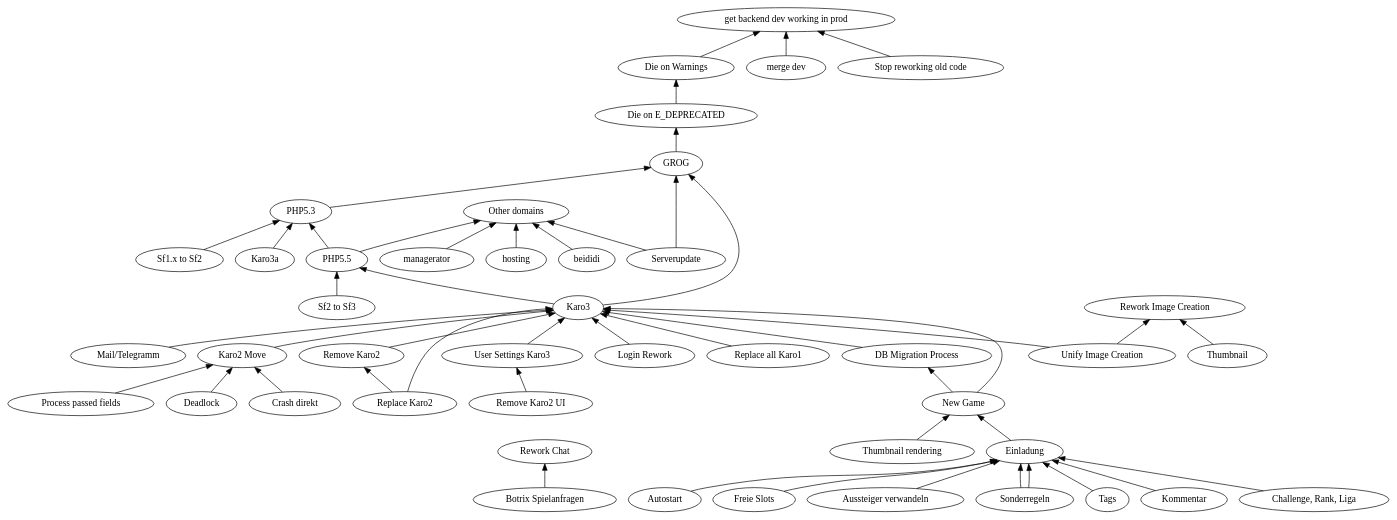
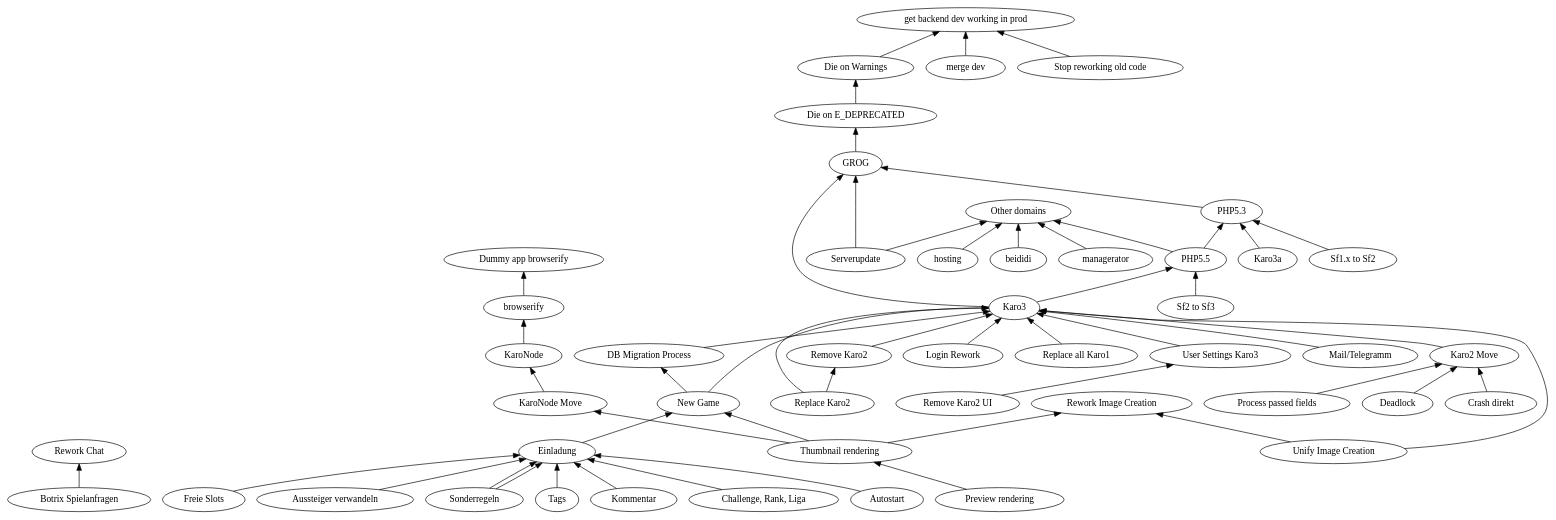
The diagram in projektplan.gv (karopapier/KaroBackbone), drawn with Graphviz before and after one commit. The commit also changed 1 other file, not shown here.

```diff
--- a/projektplan.gv
+++ b/projektplan.gv
@@ -1,63 +1,69 @@
 digraph Karo {
 rankdir="BT"
 
 #bugs
 "Botrix Spielanfragen" ->"Rework Chat"
 
 "Thumbnail rendering" ->"New Game"
 "Einladung" ->"New Game"
 "Autostart" ->"Einladung"
 "Freie Slots" ->"Einladung"
 "Aussteiger verwandeln" ->"Einladung"
 "Sonderregeln" ->"Einladung"
 "Tags" ->"Einladung"
 "Kommentar" ->"Einladung"
 "Sonderregeln" ->"Einladung"
 "Challenge, Rank, Liga" ->"Einladung"
 
 "GROG"->"Die on E_DEPRECATED"
 "Die on E_DEPRECATED"->"Die on Warnings"
 "Die on Warnings"->"get backend dev working in prod"
 "merge dev"->"get backend dev working in prod"
 "Stop reworking old code"->"get backend dev working in prod"
 
 
 "Mail/Telegramm" ->"Karo3"
 
 "Karo3"->"GROG"
 "Karo3"->"PHP5.5"
 "PHP5.5" ->"PHP5.3"
 "PHP5.3"->"GROG"
 "Serverupdate"->"GROG"
 "Serverupdate" ->"Other domains"
 "PHP5.5" -> "Other domains"
 "beididi" -> "Other domains"
 "managerator" -> "Other domains"
 "hosting" -> "Other domains"
 
 "Deadlock"->"Karo2 Move"
 "Crash direkt"->"Karo2 Move"
 "Process passed fields" ->"Karo2 Move"
 "Karo2 Move" ->"Karo3"
 
-"Thumbnail"->"Rework Image Creation"
+"Thumbnail rendering"->"Rework Image Creation"
 "Unify Image Creation" ->"Rework Image Creation"
 "Unify Image Creation" ->"Karo3"
 "Karo3a"->"PHP5.3"
 "Sf2 to Sf3" ->"PHP5.5"
 "Sf1.x to Sf2"->"PHP5.3"
 
 "Replace Karo2" ->"Karo3"
 "Replace Karo2" ->"Remove Karo2"
 "Remove Karo2" ->"Karo3"
 "User Settings Karo3"->"Karo3"
 "Remove Karo2 UI"->"User Settings Karo3"
 
 "Login Rework"->"Karo3"
 "Replace all Karo1" ->"Karo3"
 
 
 "New Game" -> "DB Migration Process" 
 "DB Migration Process" ->"Karo3"
 "New Game" -> "Karo3"
+
+"Preview rendering" -> "Thumbnail rendering"
+"Thumbnail rendering" -> "KaroNode Move"
+"KaroNode Move" -> "KaroNode"
+"KaroNode" -> "browserify"
+"browserify" -> "Dummy app browserify"
 }
```
